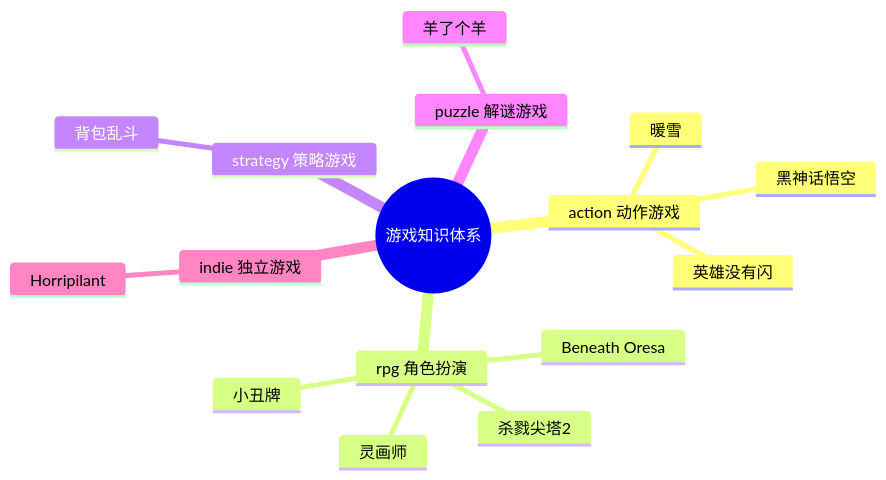
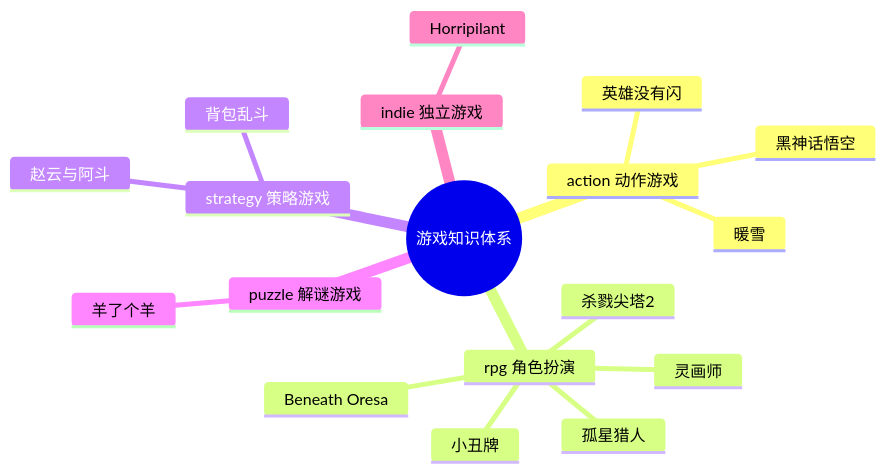
The diagram in games/游戏知识图谱.md (hongyesuifeng/readbooks), drawn with Mermaid before and after one commit. The commit also changed other lines of this file and 2 other files, not shown here.

Commit message:
新增《孤星猎人》《赵云与阿斗》游戏分析，更新游戏知识图谱

````diff
--- a/games/游戏知识图谱.md
+++ b/games/游戏知识图谱.md
@@ -9,19 +9,21 @@
 ```mermaid
 mindmap
   root((游戏知识体系))
     action 动作游戏
       英雄没有闪
       暖雪
       黑神话悟空
     rpg 角色扮演
       杀戮尖塔2
       灵画师
       Beneath Oresa
       小丑牌
+      孤星猎人
     strategy 策略游戏
       背包乱斗
+      赵云与阿斗
     puzzle 解谜游戏
       羊了个羊
     indie 独立游戏
       Horripilant
 ```
````
